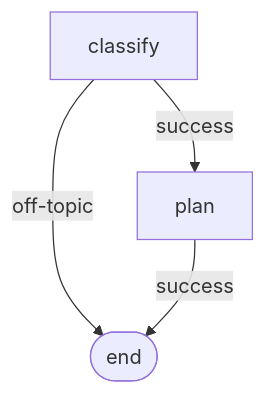
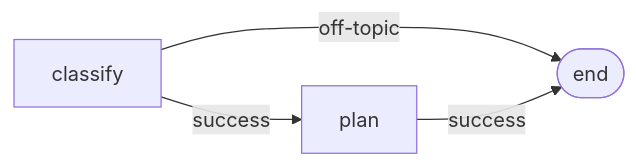
Before and after one commit to Studnicky/Dagonizer: the diagram in docs/reference/viz.md, drawn with Mermaid. The commit also changed other lines of this file and 92 other files, not shown here.

````diff
--- a/docs/reference/viz.md
+++ b/docs/reference/viz.md
@@ -41,11 +63,11 @@
 ```mermaid
-flowchart TB
+flowchart LR
   %% pipeline (v1.0)
   classify
   classify[classify]
   classify -->|off-topic| END
   classify -->|success| plan
   plan[plan]
   plan -->|success| END
   END([end])
 ```
````
